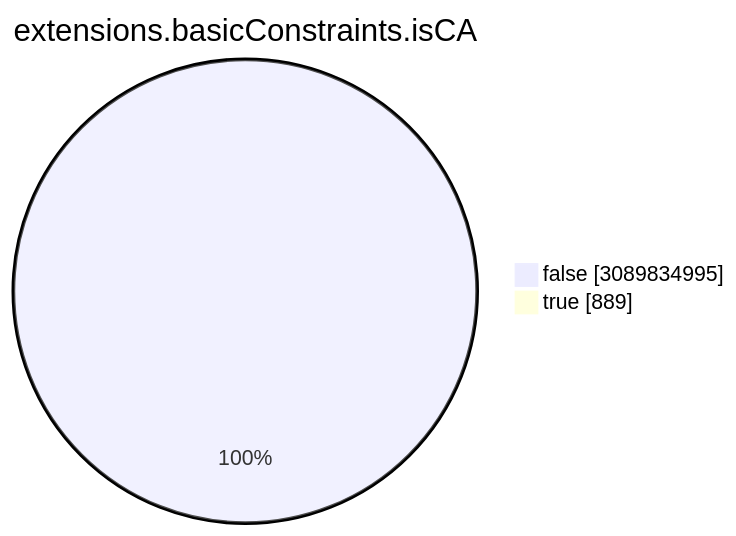
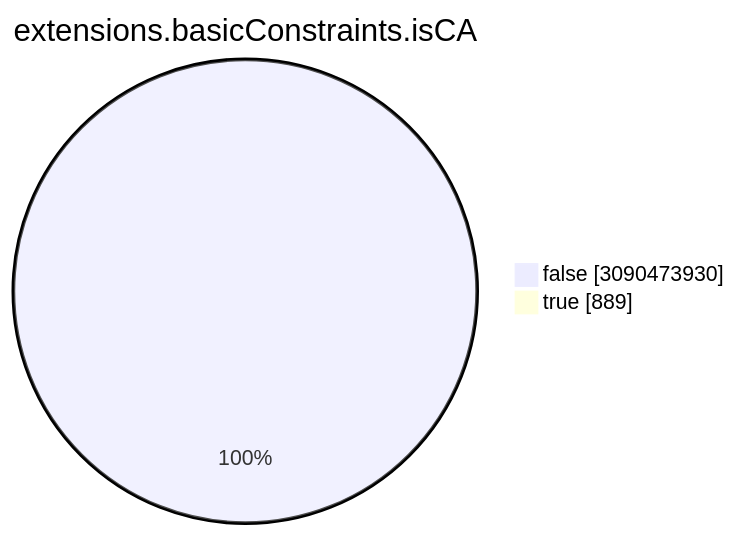
Before and after one commit to christiankrug/ctmonitor_visualization: the seventh of 15 diagrams in TOTAL/README.md, drawn with Mermaid. The commit also changed other lines of this file, not shown here.

````diff
--- a/TOTAL/README.md
+++ b/TOTAL/README.md
@@ -3088,6 +3088,6 @@
 ```mermaid
 pie showData
 title extensions.basicConstraints.isCA
-"false" :3089834995
+"false" :3090473930
 "true" :889
 ```
````
